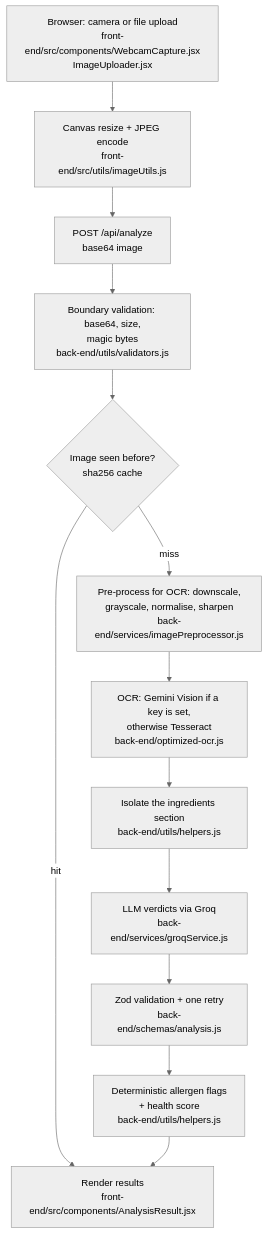
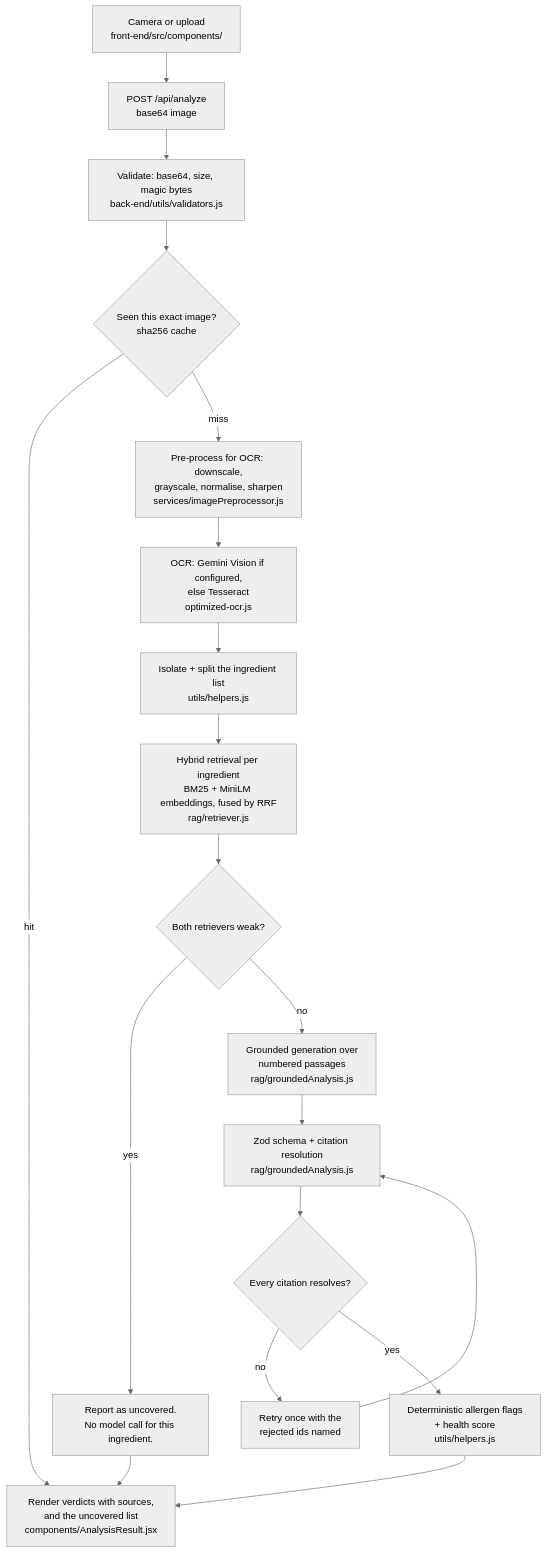
One commit to vipinsao/Smart-Ingredient-Analyzer changed the diagram in README.md. Above: the diagram before and after it, drawn with Mermaid (neutral theme). The commit also changed other lines of this file and 2 other files, not shown here.

````diff
--- a/README.md
+++ b/README.md
@@ -17,19 +37,27 @@
 ```mermaid
 flowchart TD
-    A["Browser: camera or file upload<br/>front-end/src/components/WebcamCapture.jsx<br/>ImageUploader.jsx"]
-    B["Canvas resize + JPEG encode<br/>front-end/src/utils/imageUtils.js"]
-    C["POST /api/analyze<br/>base64 image"]
-    D["Boundary validation: base64, size,<br/>magic bytes<br/>back-end/utils/validators.js"]
-    E{"Image seen before?<br/>sha256 cache"}
-    F["Pre-process for OCR: downscale,<br/>grayscale, normalise, sharpen<br/>back-end/services/imagePreprocessor.js"]
-    G["OCR: Gemini Vision if a key is set,<br/>otherwise Tesseract<br/>back-end/optimized-ocr.js"]
-    H["Isolate the ingredients section<br/>back-end/utils/helpers.js"]
-    I["LLM verdicts via Groq<br/>back-end/services/groqService.js"]
-    J["Zod validation + one retry<br/>back-end/schemas/analysis.js"]
-    K["Deterministic allergen flags<br/>+ health score<br/>back-end/utils/helpers.js"]
-    L["Render results<br/>front-end/src/components/AnalysisResult.jsx"]
+    A["Camera or upload<br/>front-end/src/components/"]
+    B["POST /api/analyze<br/>base64 image"]
+    C["Validate: base64, size, magic bytes<br/>back-end/utils/validators.js"]
+    D{"Seen this exact image?<br/>sha256 cache"}
+    E["Pre-process for OCR: downscale,<br/>grayscale, normalise, sharpen<br/>services/imagePreprocessor.js"]
+    F["OCR: Gemini Vision if configured,<br/>else Tesseract<br/>optimized-ocr.js"]
+    G["Isolate + split the ingredient list<br/>utils/helpers.js"]
+    H["Hybrid retrieval per ingredient<br/>BM25 + MiniLM embeddings, fused by RRF<br/>rag/retriever.js"]
+    I{"Both retrievers weak?"}
+    J["Report as uncovered.<br/>No model call for this ingredient."]
+    K["Grounded generation over<br/>numbered passages<br/>rag/groundedAnalysis.js"]
+    L["Zod schema + citation resolution<br/>rag/groundedAnalysis.js"]
+    M{"Every citation resolves?"}
+    N["Retry once with the<br/>rejected ids named"]
+    O["Deterministic allergen flags<br/>+ health score<br/>utils/helpers.js"]
+    P["Render verdicts with sources,<br/>and the uncovered list<br/>components/AnalysisResult.jsx"]
 
-    A --> B --> C --> D --> E
-    E -- hit --> L
-    E -- miss --> F --> G --> H --> I --> J --> K --> L
+    A --> B --> C --> D
+    D -- hit --> P
+    D -- miss --> E --> F --> G --> H --> I
+    I -- yes --> J --> P
+    I -- no --> K --> L --> M
+    M -- no --> N --> L
+    M -- yes --> O --> P
 ```
````
